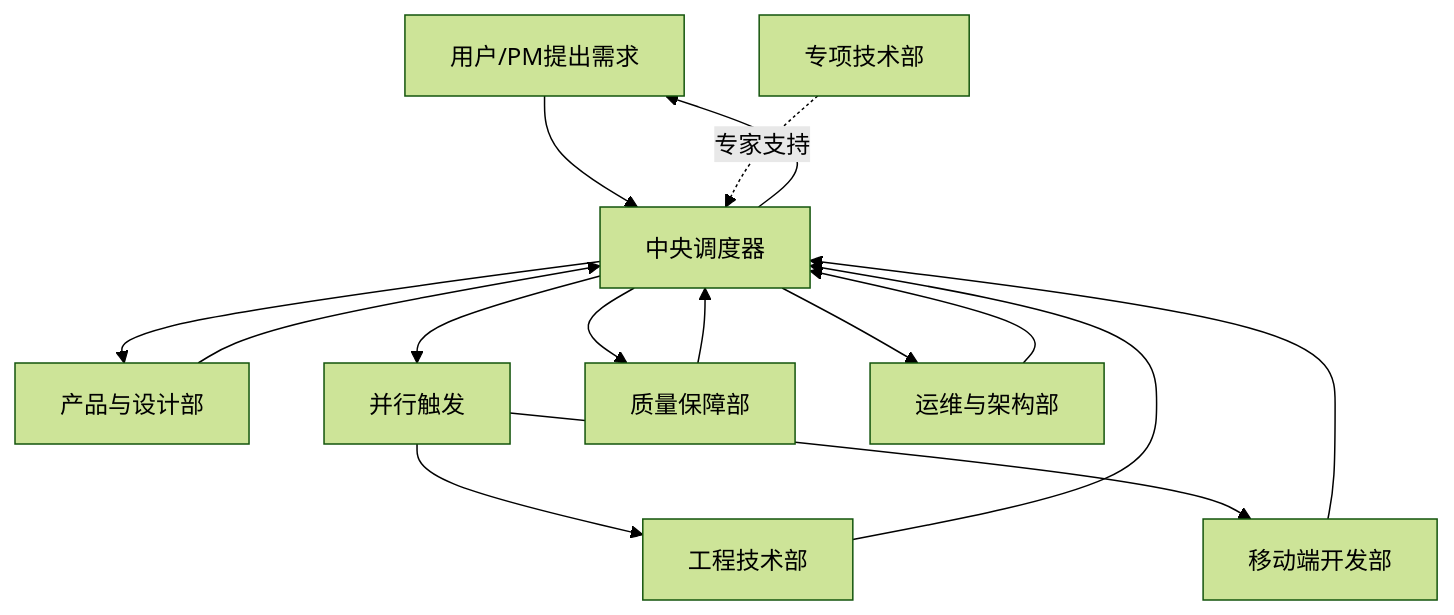
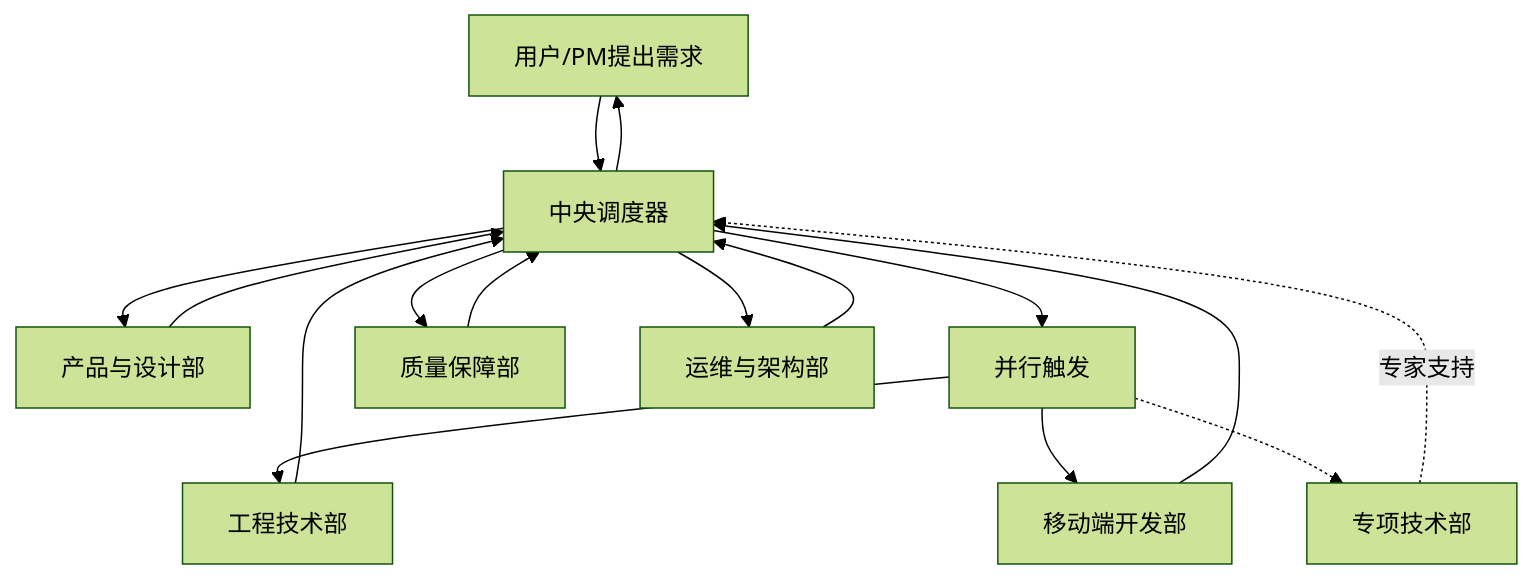
Before and after one commit to Tooooommy/Trae-Workflow: the first of 2 diagrams in agents/orchestrator.md, drawn with Mermaid (forest theme). The commit also changed other lines of this file, not shown here.

````diff
--- a/agents/orchestrator.md
+++ b/agents/orchestrator.md
@@ -24,24 +25,25 @@
 ```mermaid
 flowchart TD
     User[用户/PM提出需求] --> Orchestrator[中央调度器]
 
     Orchestrator --> Product[产品与设计部]
     Product --> Orchestrator
 
     Orchestrator --> Parallel[并行触发]
     Parallel --> Dev[工程技术部]
     Parallel --> Mobile[移动端开发部]
+    Parallel -.-> Expert[专项技术部]
 
     Dev --> Orchestrator
     Mobile --> Orchestrator
 
     Orchestrator --> QA[质量保障部]
     QA --> Orchestrator
 
     Orchestrator --> Ops[运维与架构部]
     Ops --> Orchestrator
 
     Orchestrator --> User
 
-    Expert[专项技术部] -. 专家支持 .-> Orchestrator
+    Expert -. 专家支持 .-> Orchestrator
 ```
````
